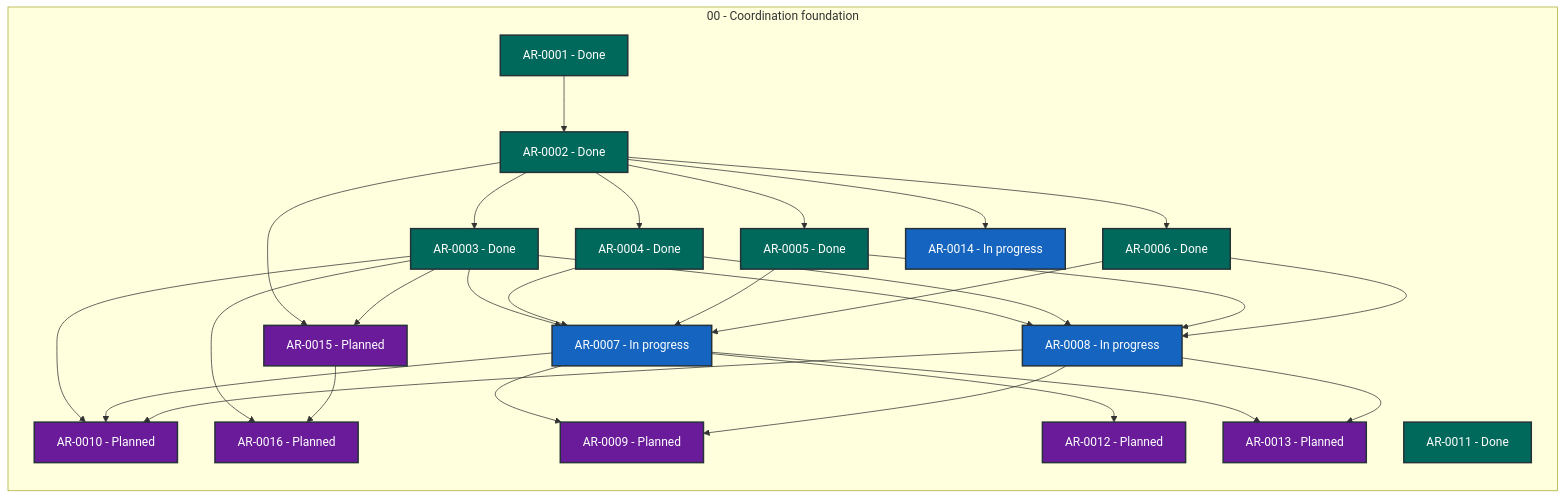
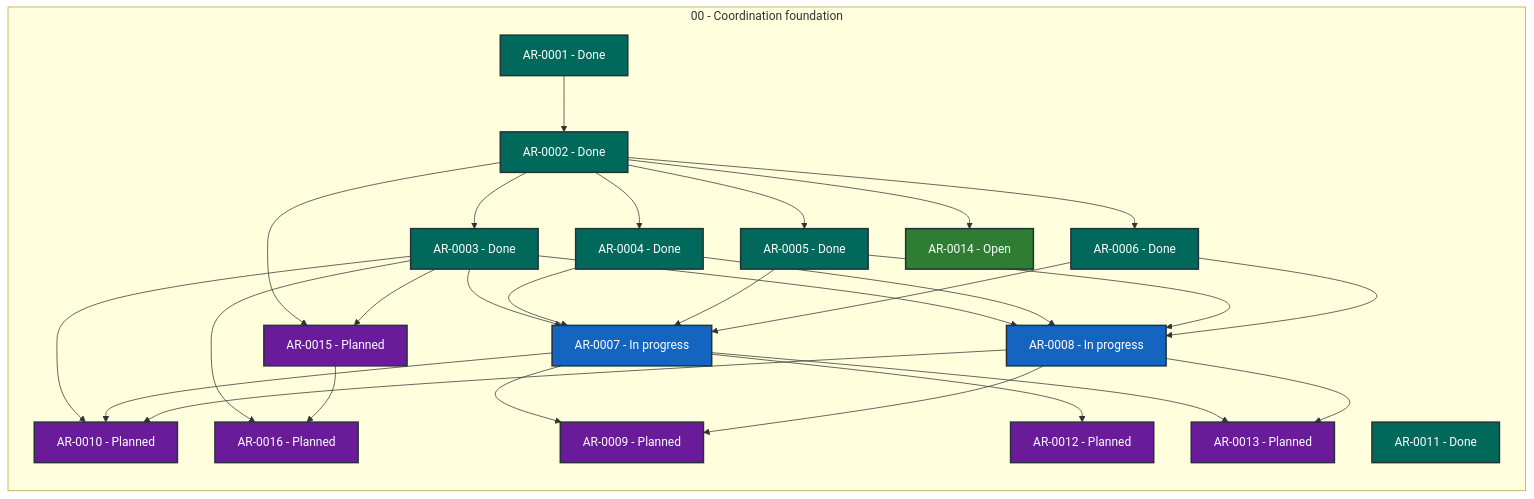
One commit to martin-beck/agent-workflow-coordinator-state changed the diagram in STATUS.md. Above: the diagram before and after it, drawn with Mermaid. The commit also changed other lines of this file and 2 other files, not shown here.

````diff
--- a/STATUS.md
+++ b/STATUS.md
@@ -27,56 +27,56 @@
 ```mermaid
 flowchart LR
     subgraph series_00["00 - Coordination foundation"]
         direction TB
         AR_0001["AR-0001 - Done"]:::status_done
         AR_0002["AR-0002 - Done"]:::status_done
         AR_0003["AR-0003 - Done"]:::status_done
         AR_0004["AR-0004 - Done"]:::status_done
         AR_0005["AR-0005 - Done"]:::status_done
         AR_0006["AR-0006 - Done"]:::status_done
         AR_0007["AR-0007 - In progress"]:::status_in_progress
         AR_0008["AR-0008 - In progress"]:::status_in_progress
         AR_0009["AR-0009 - Planned"]:::status_planned
         AR_0010["AR-0010 - Planned"]:::status_planned
         AR_0011["AR-0011 - Done"]:::status_done
         AR_0012["AR-0012 - Planned"]:::status_planned
         AR_0013["AR-0013 - Planned"]:::status_planned
-        AR_0014["AR-0014 - In progress"]:::status_in_progress
+        AR_0014["AR-0014 - Open"]:::status_open
         AR_0015["AR-0015 - Planned"]:::status_planned
         AR_0016["AR-0016 - Planned"]:::status_planned
     end
     AR_0001 --> AR_0002
     AR_0002 --> AR_0003
     AR_0002 --> AR_0004
     AR_0002 --> AR_0005
     AR_0002 --> AR_0006
     AR_0002 --> AR_0014
     AR_0002 --> AR_0015
     AR_0003 --> AR_0007
     AR_0003 --> AR_0008
     AR_0003 --> AR_0010
     AR_0003 --> AR_0015
     AR_0003 --> AR_0016
     AR_0004 --> AR_0007
     AR_0004 --> AR_0008
     AR_0005 --> AR_0007
     AR_0005 --> AR_0008
     AR_0006 --> AR_0007
     AR_0006 --> AR_0008
     AR_0007 --> AR_0009
     AR_0007 --> AR_0010
     AR_0007 --> AR_0012
     AR_0007 --> AR_0013
     AR_0008 --> AR_0009
     AR_0008 --> AR_0010
     AR_0008 --> AR_0013
     AR_0015 --> AR_0016
     classDef status_in_progress fill:#1565c0,color:#ffffff,stroke:#263238,stroke-width:2px
     classDef status_open fill:#2e7d32,color:#ffffff,stroke:#263238,stroke-width:2px
     classDef status_blocked fill:#c62828,color:#ffffff,stroke:#263238,stroke-width:2px
     classDef status_planned fill:#6a1b9a,color:#ffffff,stroke:#263238,stroke-width:2px
     classDef status_future fill:#455a64,color:#ffffff,stroke:#263238,stroke-width:2px
     classDef status_done fill:#00695c,color:#ffffff,stroke:#263238,stroke-width:2px
     classDef status_cancelled fill:#616161,color:#ffffff,stroke:#263238,stroke-width:2px
     classDef status_superseded fill:#5d4037,color:#ffffff,stroke:#263238,stroke-width:2px
 ```
````
